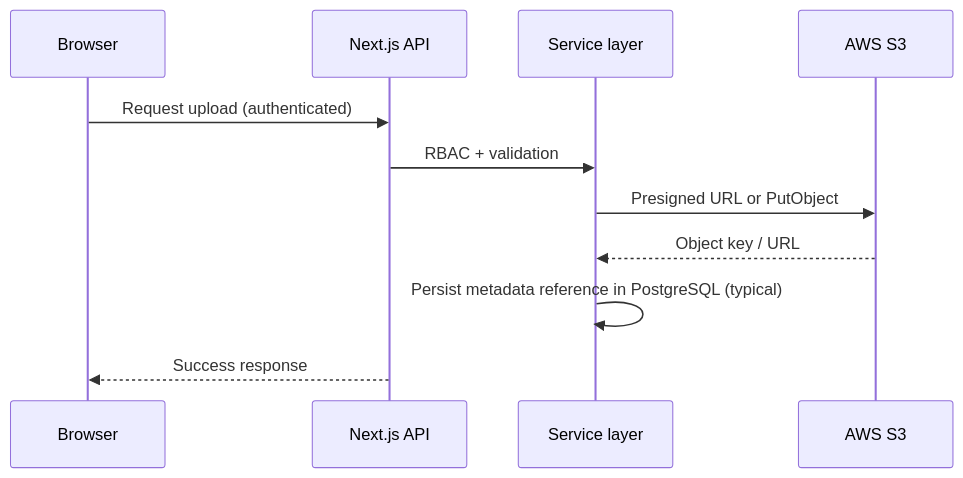
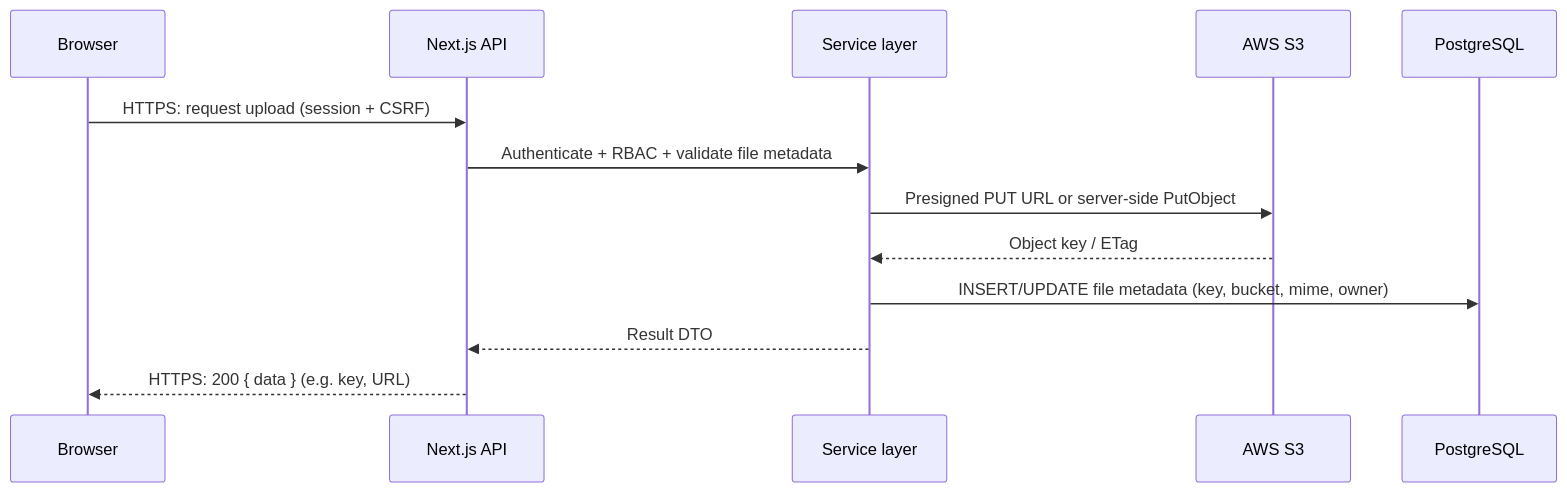
One commit to Jayshen11/ndis-invoicing changed the third of 4 diagrams in docs/architecture.md. Above: the diagram before and after it, drawn with Mermaid. The commit also changed other lines of this file and 23 other files, not shown here.

````diff
--- a/docs/architecture.md
+++ b/docs/architecture.md
@@ -62,14 +80,16 @@
 ```mermaid
 sequenceDiagram
   participant B as Browser
   participant API as Next.js API
   participant SVC as Service layer
   participant S3 as AWS S3
+  participant DB as PostgreSQL
 
-  B->>API: Request upload (authenticated)
-  API->>SVC: RBAC + validation
-  SVC->>S3: Presigned URL or PutObject
-  S3-->>SVC: Object key / URL
-  SVC->>SVC: Persist metadata reference in PostgreSQL (typical)
-  API-->>B: Success response
+  B->>API: HTTPS: request upload (session + CSRF)
+  API->>SVC: Authenticate + RBAC + validate file metadata
+  SVC->>S3: Presigned PUT URL or server-side PutObject
+  S3-->>SVC: Object key / ETag
+  SVC->>DB: INSERT/UPDATE file metadata (key, bucket, mime, owner)
+  SVC-->>API: Result DTO
+  API-->>B: HTTPS: 200 { data } (e.g. key, URL)
 ```
````
